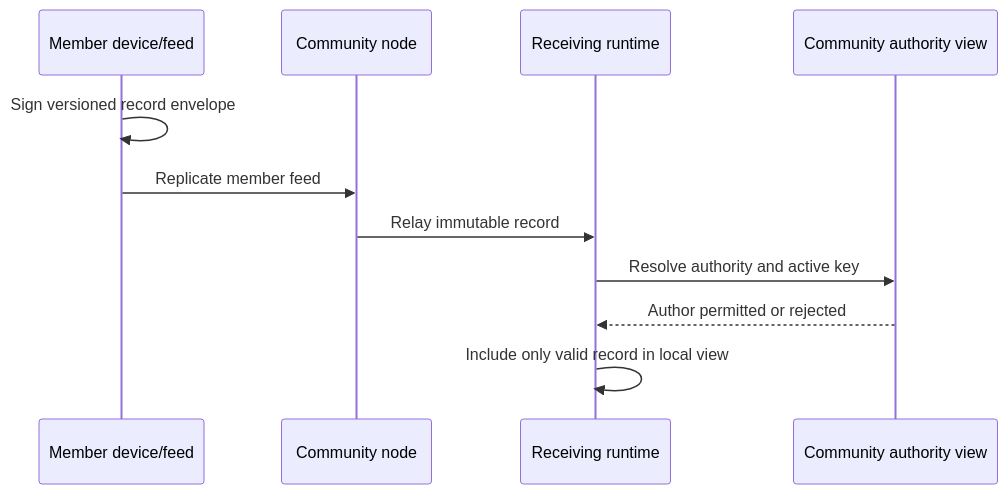
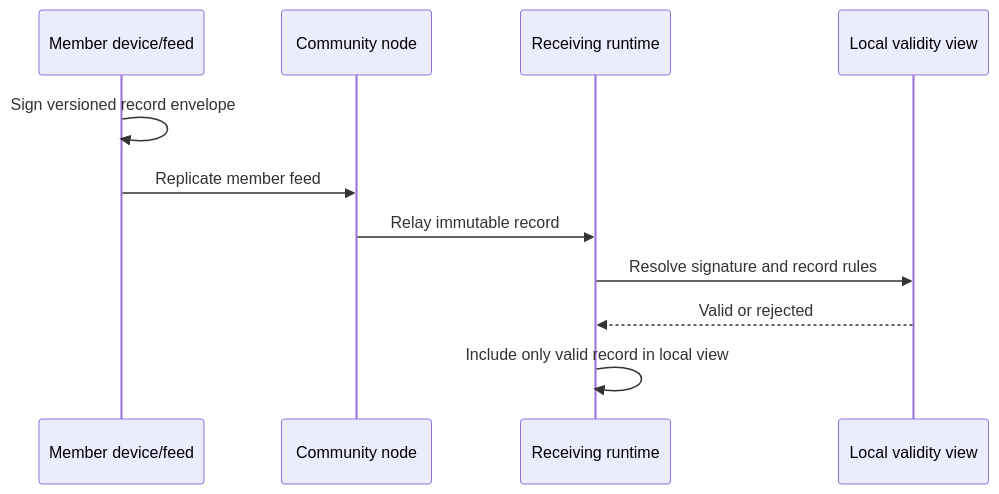
The second of 2 diagrams in docs/production-roadmap.md (matthewlovestocode/peer-hours), drawn with Mermaid before and after one commit. The commit also changed other lines of this file and 19 other files, not shown here.

````diff
--- a/docs/production-roadmap.md
+++ b/docs/production-roadmap.md
@@ -40,14 +40,14 @@
 ```mermaid
 sequenceDiagram
     participant M as Member device/feed
     participant N as Community node
     participant R as Receiving runtime
-    participant A as Community authority view
+    participant V as Local validity view
 
     M->>M: Sign versioned record envelope
     M->>N: Replicate member feed
     N->>R: Relay immutable record
-    R->>A: Resolve authority and active key
-    A-->>R: Author permitted or rejected
+    R->>V: Resolve signature and record rules
+    V-->>R: Valid or rejected
     R->>R: Include only valid record in local view
 ```
````
